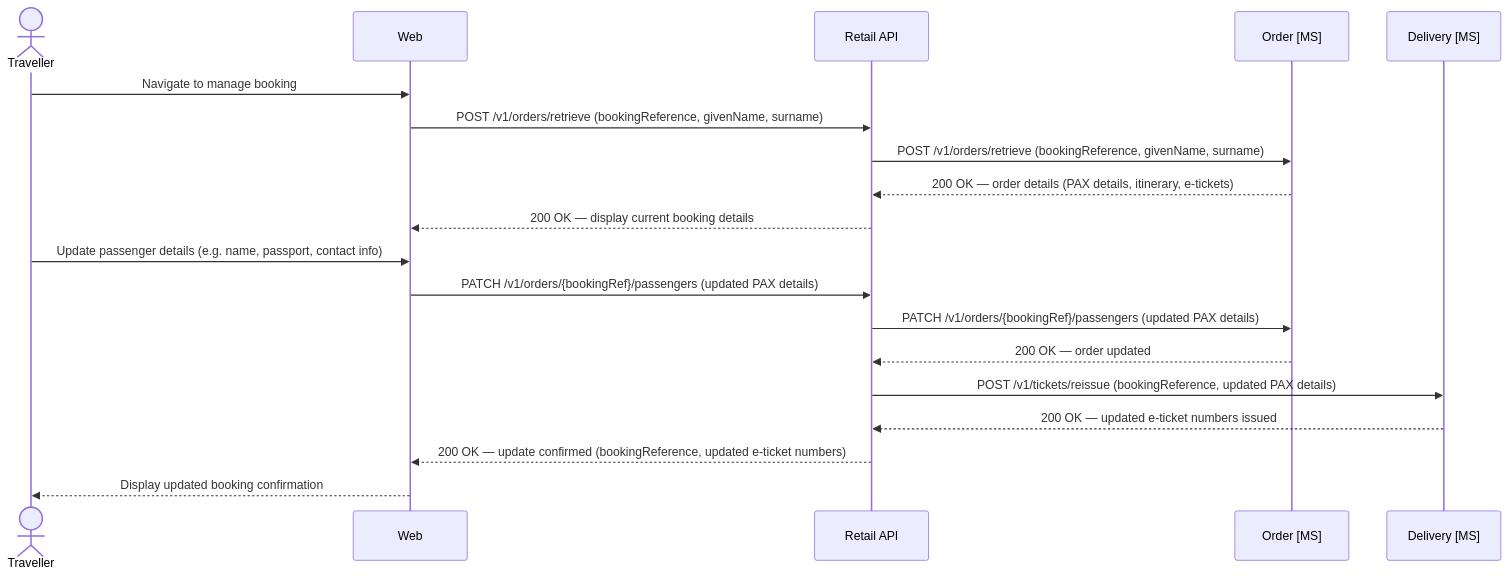
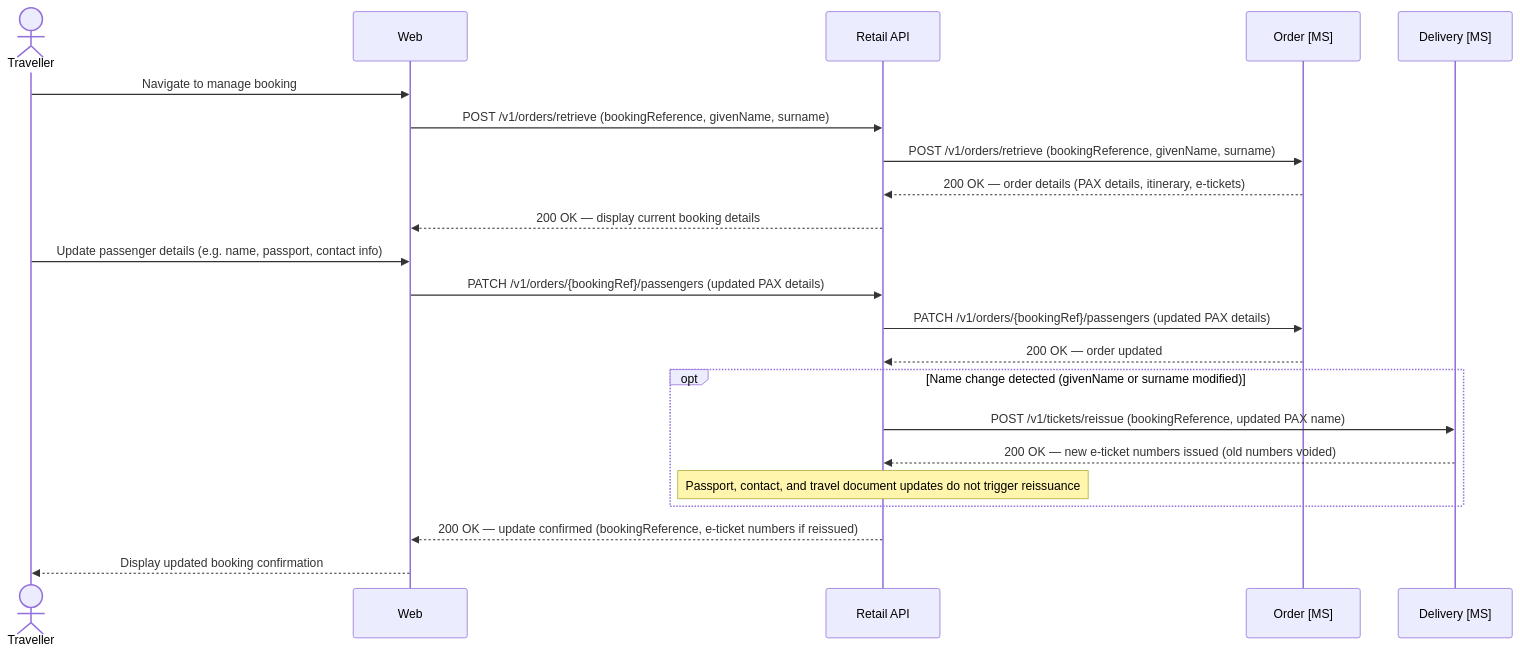
The sixth of 27 diagrams in documentation/design.md (sebharvey/airline-reservation-system), drawn with Mermaid before and after one commit. The commit also changed other lines of this file and 2 other files, not shown here.

````diff
--- a/documentation/design.md
+++ b/documentation/design.md
@@ -1522,27 +1470,30 @@
 ```mermaid
 sequenceDiagram
     actor Traveller
     participant Web
     participant RetailAPI as Retail API
     participant OrderMS as Order [MS]
     participant DeliveryMS as Delivery [MS]
 
     Traveller->>Web: Navigate to manage booking
 
     Web->>RetailAPI: POST /v1/orders/retrieve (bookingReference, givenName, surname)
     RetailAPI->>OrderMS: POST /v1/orders/retrieve (bookingReference, givenName, surname)
     OrderMS-->>RetailAPI: 200 OK — order details (PAX details, itinerary, e-tickets)
     RetailAPI-->>Web: 200 OK — display current booking details
 
     Traveller->>Web: Update passenger details (e.g. name, passport, contact info)
 
     Web->>RetailAPI: PATCH /v1/orders/{bookingRef}/passengers (updated PAX details)
     RetailAPI->>OrderMS: PATCH /v1/orders/{bookingRef}/passengers (updated PAX details)
     OrderMS-->>RetailAPI: 200 OK — order updated
 
-    RetailAPI->>DeliveryMS: POST /v1/tickets/reissue (bookingReference, updated PAX details)
-    DeliveryMS-->>RetailAPI: 200 OK — updated e-ticket numbers issued
+    opt Name change detected (givenName or surname modified)
+        RetailAPI->>DeliveryMS: POST /v1/tickets/reissue (bookingReference, updated PAX name)
+        DeliveryMS-->>RetailAPI: 200 OK — new e-ticket numbers issued (old numbers voided)
+        Note over RetailAPI: Passport, contact, and travel document updates do not trigger reissuance
+    end
 
-    RetailAPI-->>Web: 200 OK — update confirmed (bookingReference, updated e-ticket numbers)
+    RetailAPI-->>Web: 200 OK — update confirmed (bookingReference, e-ticket numbers if reissued)
     Web-->>Traveller: Display updated booking confirmation
 ```
````
